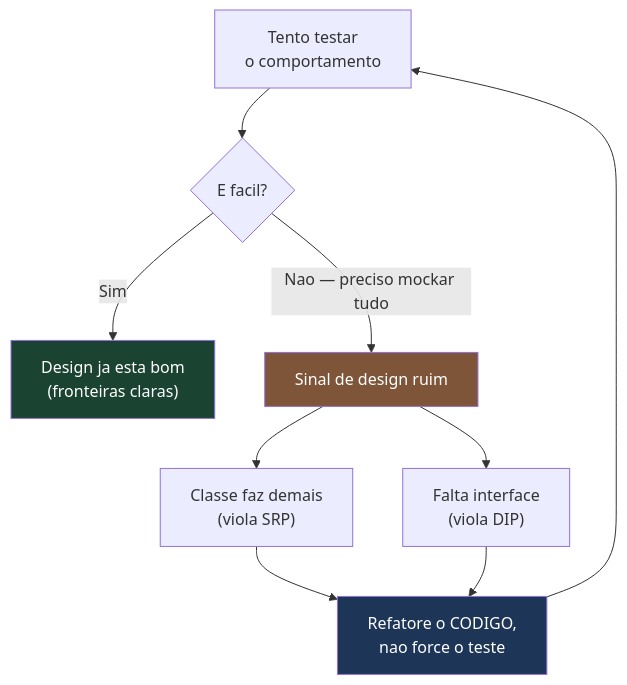
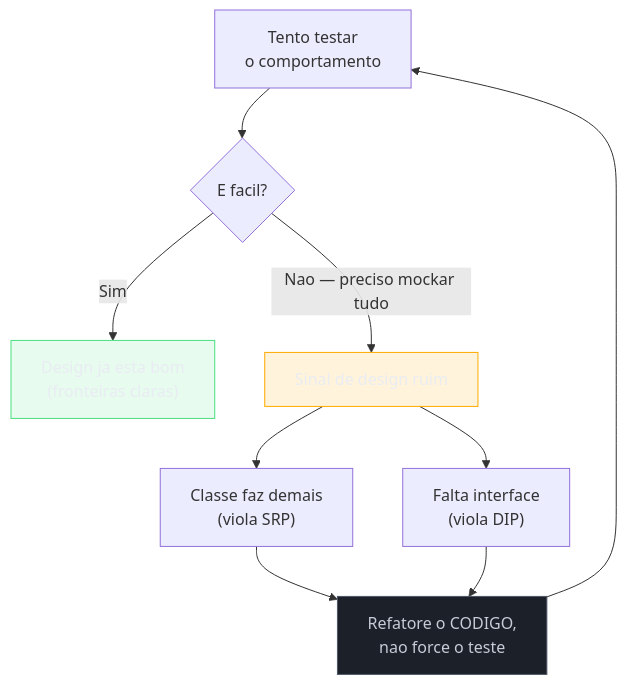
One commit to josenaldo/codex-technomanticus changed the fifth of 5 diagrams in 03-Dominios/Engenharia/Testes/06 - Testar comportamento, não implementação.md. Above: the diagram before and after it, drawn with Mermaid. The commit also changed other lines of this file and 1181 other files, not shown here.

First line of the commit message:
fix(diagramas): paleta do sistema no lugar de cor cravada no markdown

````diff
--- a/03-Dominios/Engenharia/Testes/06 - Testar comportamento, não implementação.md
+++ b/03-Dominios/Engenharia/Testes/06 - Testar comportamento, não implementação.md
@@ -334,15 +341,18 @@
 ```mermaid
 flowchart TD
+    classDef ok fill:#4ADE8021,stroke:#4ADE80,color:#E9ECF2
+    classDef destaque fill:#FFAA0024,stroke:#FFAA00,color:#E9ECF2
+    classDef neutro fill:#1B2029,stroke:#4E5666,color:#C6CCD8
     A["Tento testar<br/>o comportamento"] --> B{"E facil?"}
     B -->|"Sim"| C["Design ja esta bom<br/>(fronteiras claras)"]
     B -->|"Nao — preciso mockar tudo"| D["Sinal de design ruim"]
     D --> E["Classe faz demais<br/>(viola SRP)"]
     D --> F["Falta interface<br/>(viola DIP)"]
     E --> G["Refatore o CODIGO,<br/>nao force o teste"]
     F --> G
     G --> A
 
-    style C fill:#1b4332,color:#fff
-    style D fill:#7f5539,color:#fff
-    style G fill:#1d3557,color:#fff
+    class C ok
+    class D destaque
+    class G neutro
 ```
````
